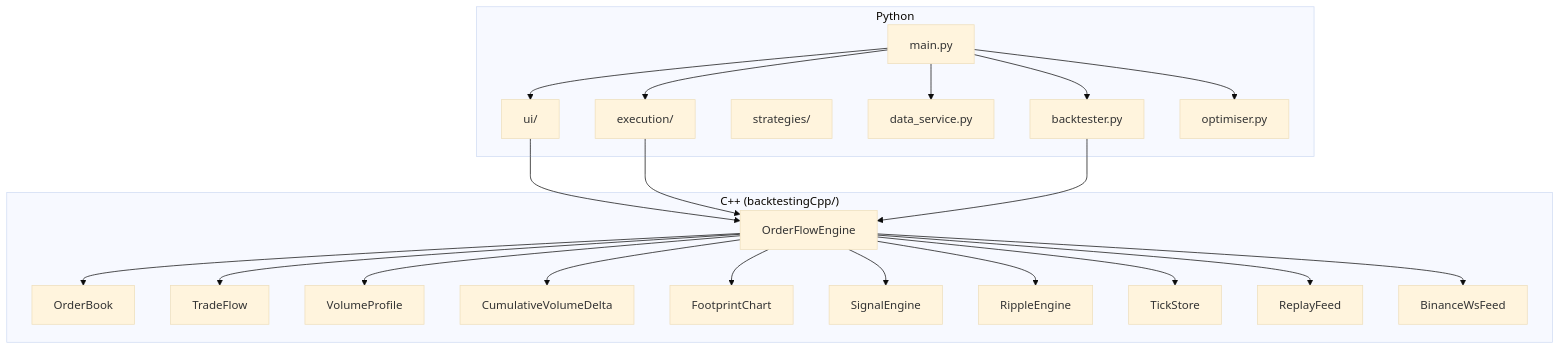
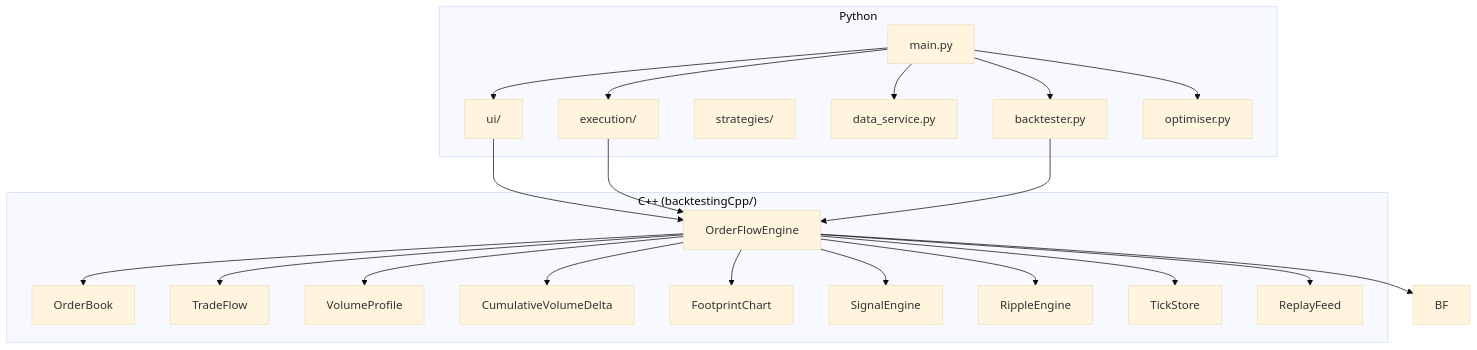
Before and after one commit to Centheos1/trading: the first of 3 diagrams in implementation_plan.md, drawn with Mermaid (base theme). The commit also changed other lines of this file and 55 other files, not shown here.

````diff
--- a/implementation_plan.md
+++ b/implementation_plan.md
@@ -21,45 +21,44 @@
 ```mermaid
 flowchart TB
     subgraph CPP ["C++ (backtestingCpp/)"]
         OFE[OrderFlowEngine]
         OB[OrderBook]
         TF[TradeFlow]
         VP[VolumeProfile]
         CVD_CPP[CumulativeVolumeDelta]
         FP[FootprintChart]
         SE[SignalEngine]
         RE[RippleEngine]
         TS[TickStore]
         RF[ReplayFeed]
-        BF[BinanceWsFeed]
     end
 
     subgraph PY ["Python"]
         MAIN[main.py]
         UI[ui/]
         EXEC[execution/]
         STRAT[strategies/]
         DS[data_service.py]
         BT[backtester.py]
         OPT[optimiser.py]
     end
 
     MAIN --> UI
     MAIN --> EXEC
     MAIN --> BT
     MAIN --> OPT
     MAIN --> DS
     UI --> OFE
     EXEC --> OFE
     BT --> OFE
     OFE --> OB
     OFE --> TF
     OFE --> VP
     OFE --> CVD_CPP
     OFE --> FP
     OFE --> SE
     OFE --> RE
     OFE --> TS
     OFE --> RF
     OFE --> BF
 ```
````
